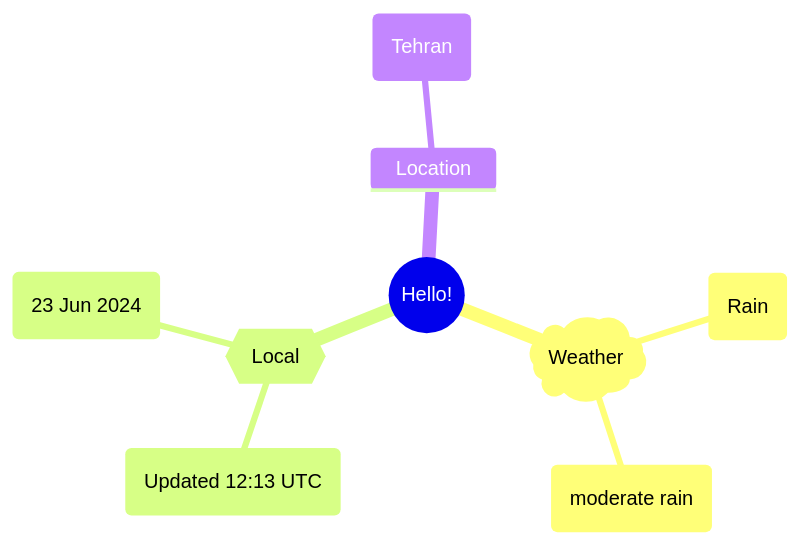
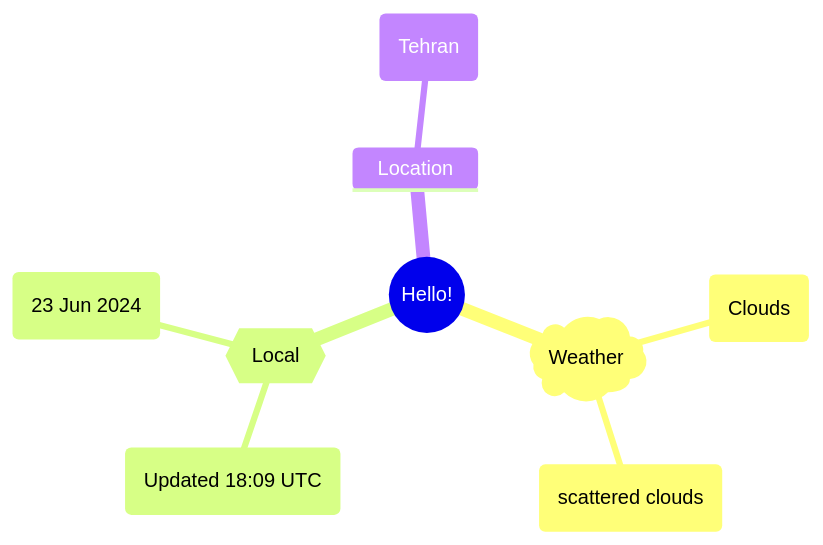
One commit to Xosrov/Xosrov changed the first of 2 diagrams in README.md. Above: the diagram before and after it, drawn with Mermaid.

Commit message:
[bot] updated images

````diff
--- a/README.md
+++ b/README.md
@@ -3,12 +3,12 @@
 ```mermaid
 mindmap
   root((Hello!))
     )Weather(
-        (Rain)
-        (moderate rain)
+        (Clouds)
+        (scattered clouds)
     {{Local}}
-        (Updated 12:13 UTC)
+        (Updated 18:09 UTC)
         (23 Jun 2024)
     Location
         (Tehran)
 ```
````
